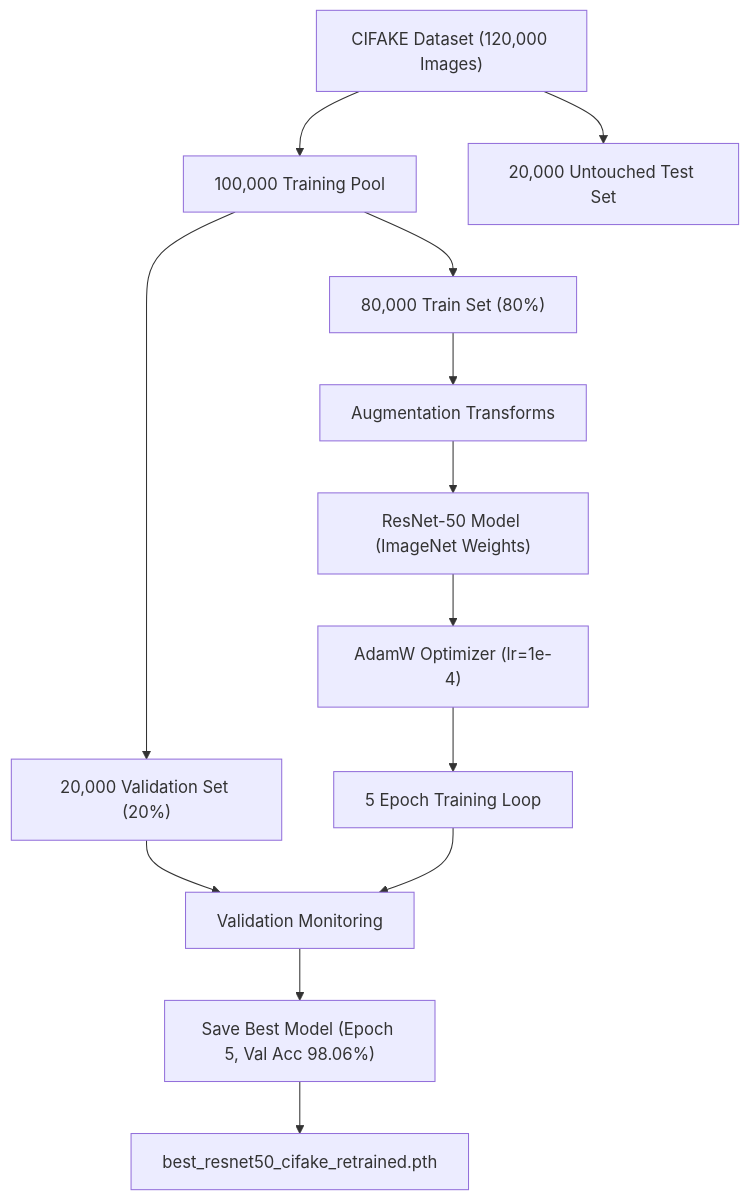
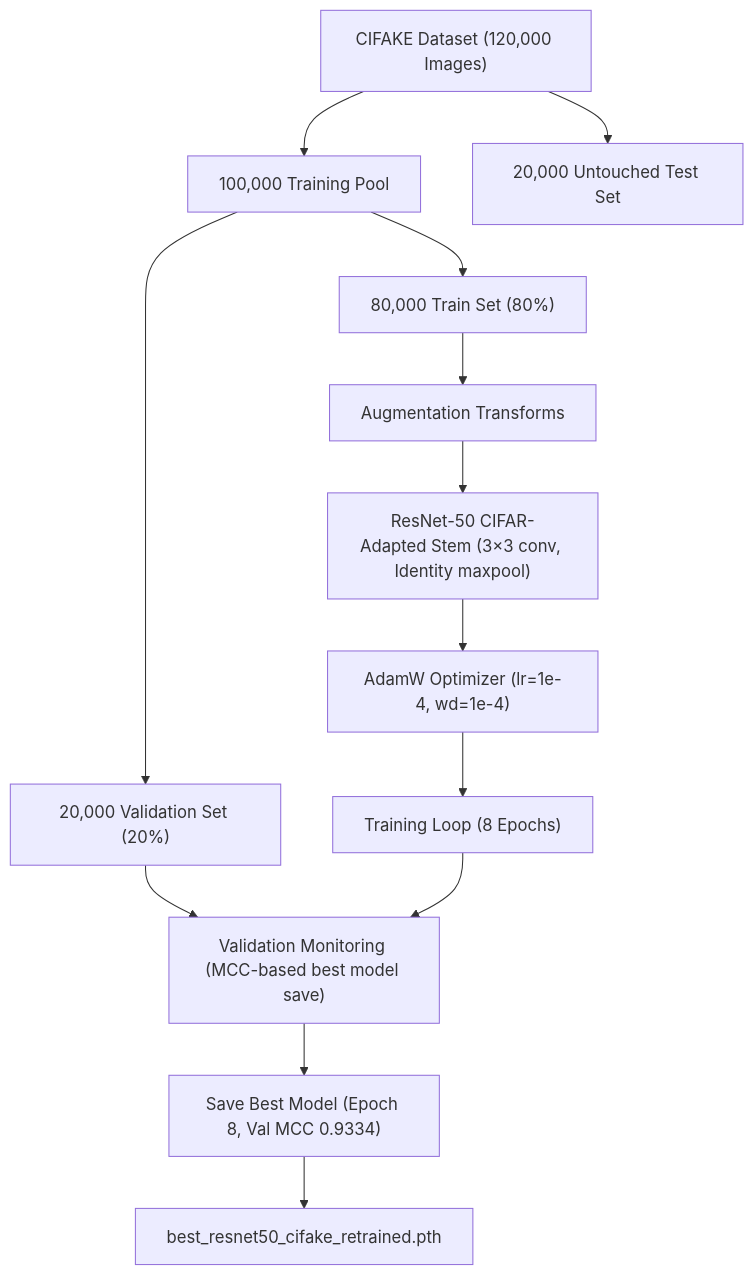
Before and after one commit to rominkevadiya/ALGONAUTS_INTERNAL_LJ_HACK: the third of 4 diagrams in docs/02_system_architecture.md, drawn with Mermaid. The commit also changed other lines of this file and 16 other files, not shown here.

````diff
--- a/docs/02_system_architecture.md
+++ b/docs/02_system_architecture.md
@@ -53,15 +83,15 @@
 ```mermaid
 graph TD
     Dataset["CIFAKE Dataset (120,000 Images)"] --> Pool["100,000 Training Pool"]
     Dataset --> TestSet["20,000 Untouched Test Set"]
     Pool --> TrainSplit["80,000 Train Set (80%)"]
     Pool --> ValSplit["20,000 Validation Set (20%)"]
     TrainSplit --> Augment["Augmentation Transforms"]
-    Augment --> ResNet["ResNet-50 Model (ImageNet Weights)"]
-    ResNet --> AdamW["AdamW Optimizer (lr=1e-4)"]
-    AdamW --> Epochs["5 Epoch Training Loop"]
-    ValSplit --> Monitor["Validation Monitoring"]
+    Augment --> ResNet["ResNet-50 CIFAR-Adapted Stem (3×3 conv, Identity maxpool)"]
+    ResNet --> AdamW["AdamW Optimizer (lr=1e-4, wd=1e-4)"]
+    AdamW --> Epochs["Training Loop (8 Epochs)"]
+    ValSplit --> Monitor["Validation Monitoring (MCC-based best model save)"]
     Epochs --> Monitor
-    Monitor --> BestSave["Save Best Model (Epoch 5, Val Acc 98.06%)"]
+    Monitor --> BestSave["Save Best Model (Epoch 8, Val MCC 0.9334)"]
     BestSave --> CheckpointFile["best_resnet50_cifake_retrained.pth"]
 ```
````
